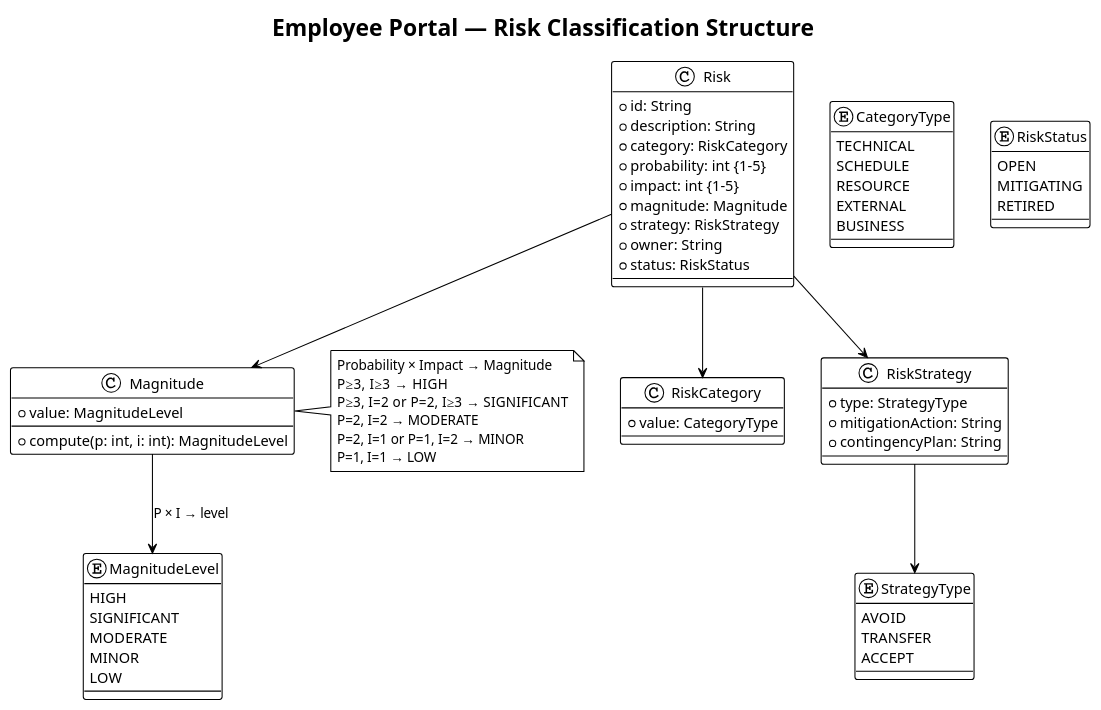
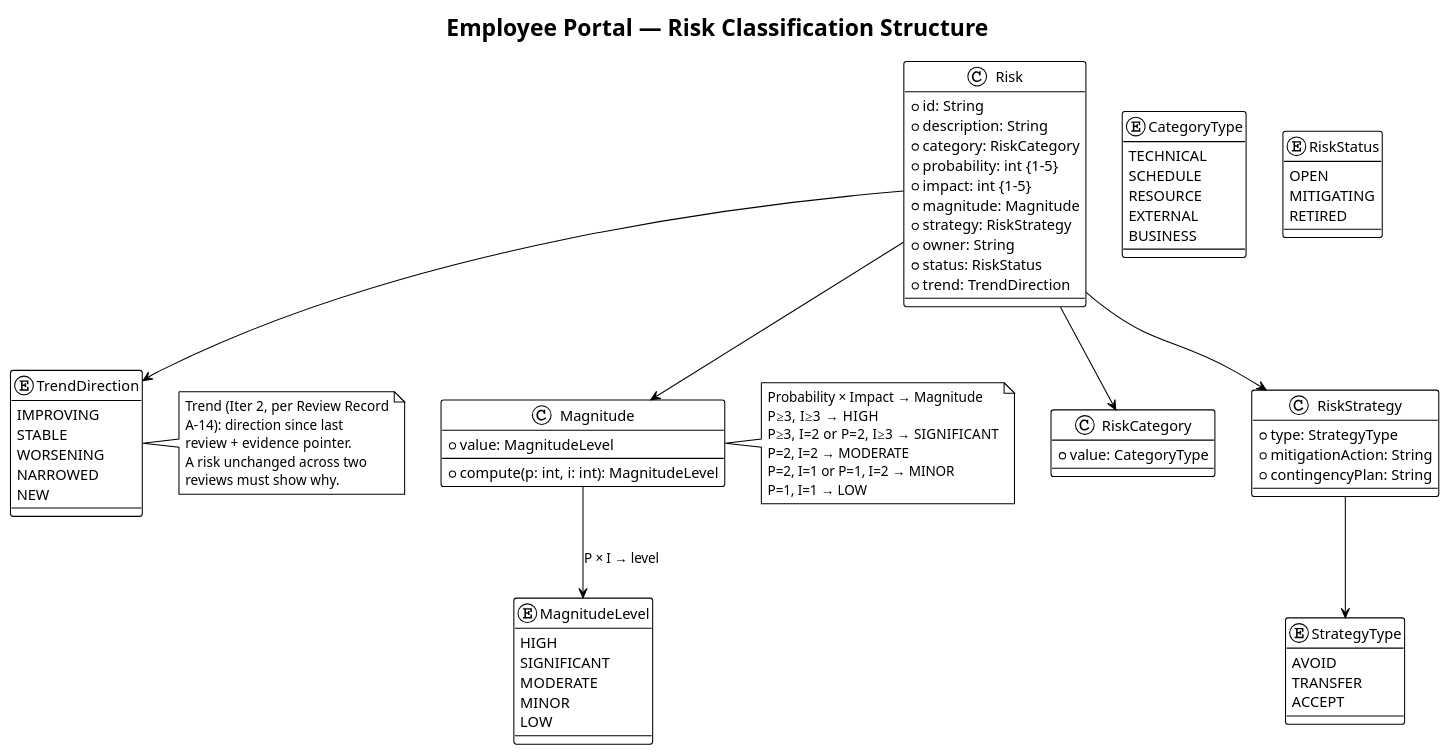
One commit to banense-test/employee-portal changed the first of 2 diagrams in docs/artifacts/project-management/risk-list.md. Above: the diagram before and after it, drawn with PlantUML. The commit also changed other lines of this file, not shown here.

First line of the commit message:
Project Manager [E2]: upsert Risk List

```diff
--- a/docs/artifacts/project-management/risk-list.md
+++ b/docs/artifacts/project-management/risk-list.md
@@ -39,6 +41,7 @@
   + strategy: RiskStrategy
   + owner: String
   + status: RiskStatus
+  + trend: TrendDirection
 }
 
 class RiskCategory {
@@ -84,11 +87,28 @@
   RETIRED
 }
 
+enum TrendDirection {
+  IMPROVING
+  STABLE
+  WORSENING
+  NARROWED
+  NEW
+}
+
 Risk --> RiskCategory
 Risk --> Magnitude
 Risk --> RiskStrategy
+Risk --> TrendDirection
 Magnitude --> MagnitudeLevel : "P × I → level"
 RiskStrategy --> StrategyType
+
+note right of TrendDirection
+  Trend (Iter 2, per Review Record
+  A-14): direction since last
+  review + evidence pointer.
+  A risk unchanged across two
+  reviews must show why.
+end note
 
 note right of Magnitude
   Probability × Impact → Magnitude
```
